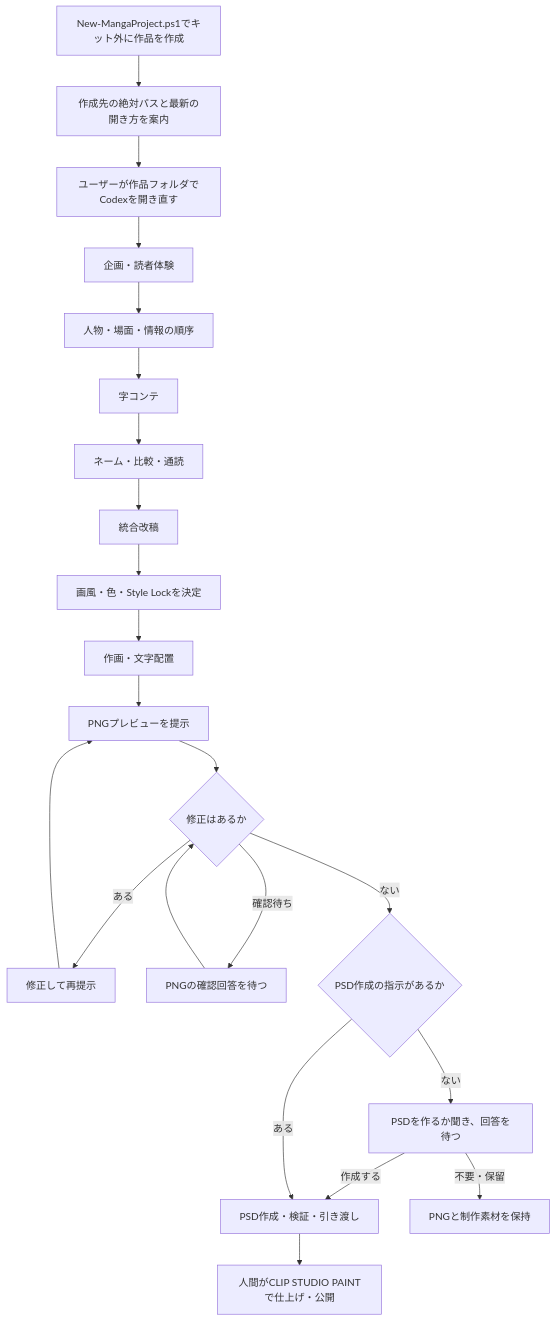
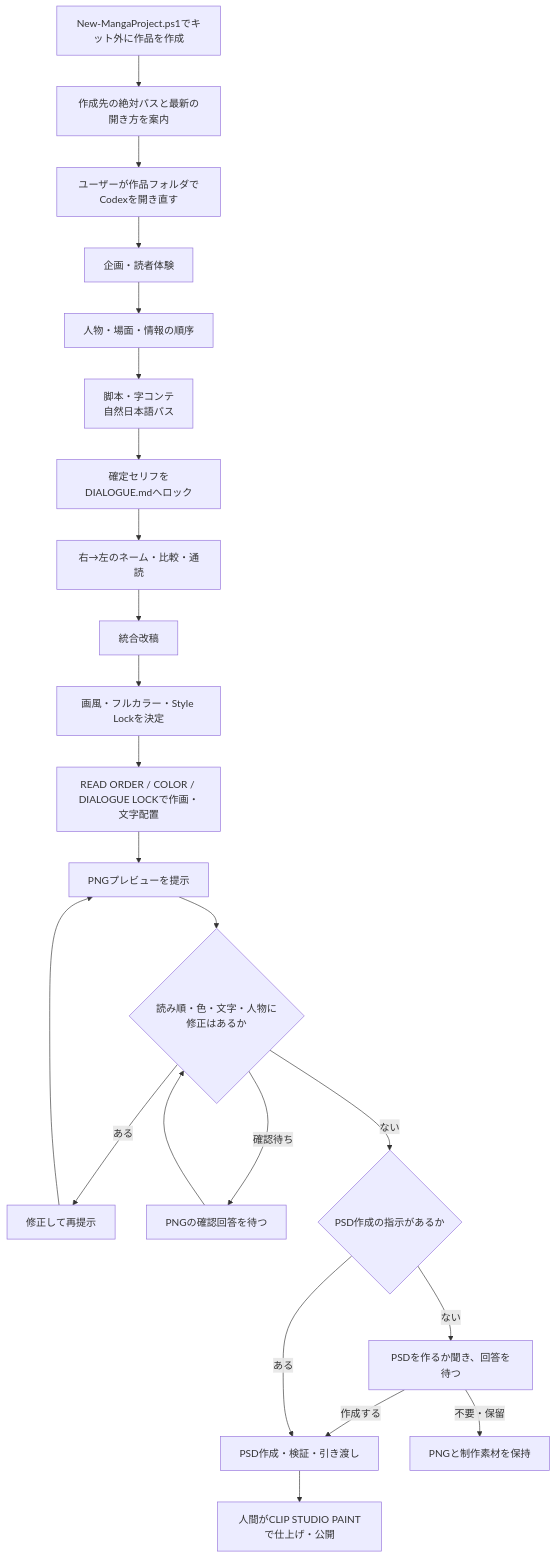
The diagram in README.md (yutateru6-collab/MangaAgentsStudio-A), drawn with Mermaid before and after one commit. The commit also changed other lines of this file, not shown here.

Commit message:
docs: document script writing color and reading order defaults

````diff
--- a/README.md
+++ b/README.md
@@ -23,24 +26,25 @@
 ```mermaid
 flowchart TD
     P[New-MangaProject.ps1でキット外に作品を作成] --> Q[作成先の絶対パスと最新の開き方を案内]
     Q --> R[ユーザーが作品フォルダでCodexを開き直す]
     R --> A
     A[企画・読者体験] --> B[人物・場面・情報の順序]
-    B --> C[字コンテ]
-    C --> D[ネーム・比較・通読]
+    B --> C[脚本・字コンテ<br/>自然日本語パス]
+    C --> C2[確定セリフをDIALOGUE.mdへロック]
+    C2 --> D[右→左のネーム・比較・通読]
     D --> E[統合改稿]
-    E --> S[画風・色・Style Lockを決定]
-    S --> F[作画・文字配置]
+    E --> S[画風・フルカラー・Style Lockを決定]
+    S --> F[READ ORDER / COLOR / DIALOGUE LOCKで作画・文字配置]
     F --> G[PNGプレビューを提示]
-    G --> H{修正はあるか}
+    G --> H{読み順・色・文字・人物に修正はあるか}
     H -->|ある| I[修正して再提示]
     I --> G
     H -->|確認待ち| O[PNGの確認回答を待つ]
     O --> H
     H -->|ない| J{PSD作成の指示があるか}
     J -->|ない| K[PSDを作るか聞き、回答を待つ]
     K -->|作成する| L[PSD作成・検証・引き渡し]
     J -->|ある| L
     K -->|不要・保留| M[PNGと制作素材を保持]
     L --> N[人間がCLIP STUDIO PAINTで仕上げ・公開]
 ```
````
